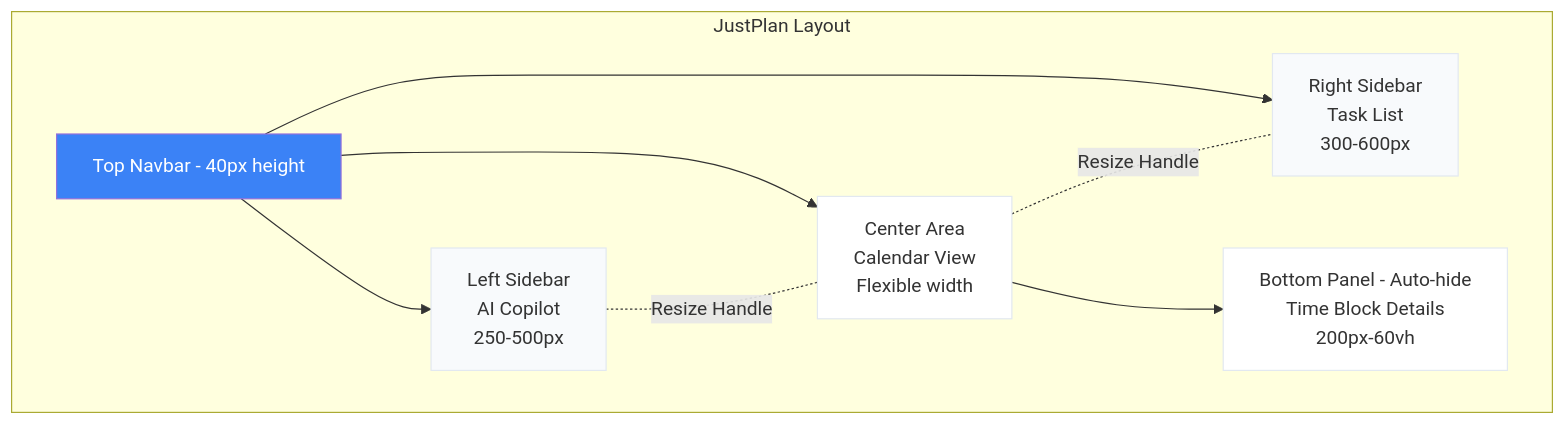
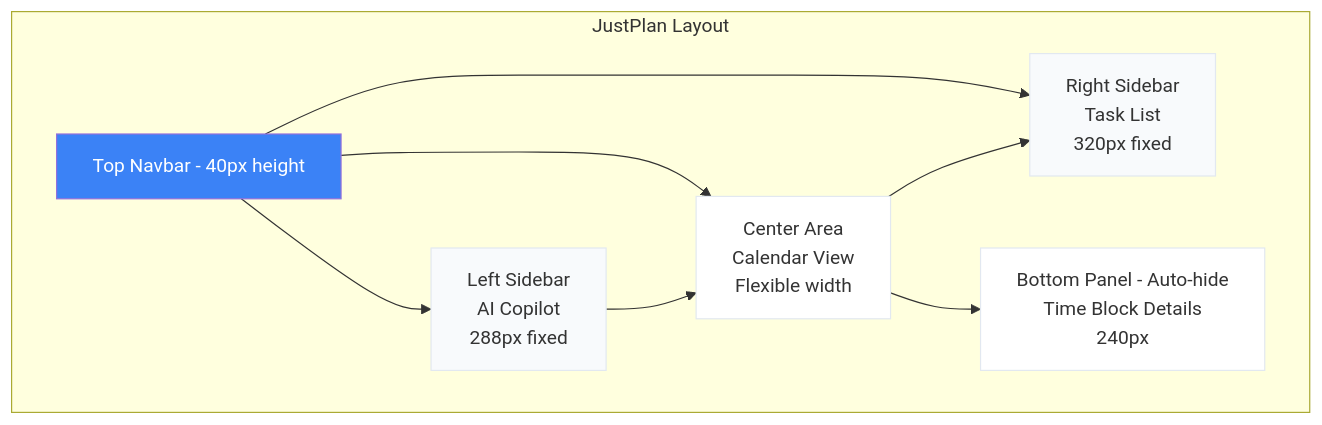
One commit to datamonsterr/justplan changed the diagram in docs/06-ui.md. Above: the diagram before and after it, drawn with Mermaid. The commit also changed other lines of this file and 6 other files, not shown here.

````diff
--- a/docs/06-ui.md
+++ b/docs/06-ui.md
@@ -316,24 +316,24 @@
 ```mermaid
 graph TB
     subgraph "JustPlan Layout"
         Navbar[Top Navbar - 40px height]
-        LeftSidebar[Left Sidebar<br/>AI Copilot<br/>250-500px]
+        LeftSidebar[Left Sidebar<br/>AI Copilot<br/>288px fixed]
         Center[Center Area<br/>Calendar View<br/>Flexible width]
-        RightSidebar[Right Sidebar<br/>Task List<br/>300-600px]
-        BottomPanel[Bottom Panel - Auto-hide<br/>Time Block Details<br/>200px-60vh]
+        RightSidebar[Right Sidebar<br/>Task List<br/>320px fixed]
+        BottomPanel[Bottom Panel - Auto-hide<br/>Time Block Details<br/>240px]
         
         Navbar --> LeftSidebar
         Navbar --> Center
         Navbar --> RightSidebar
         
-        LeftSidebar -.Resize Handle.- Center
-        Center -.Resize Handle.- RightSidebar
+        LeftSidebar --> Center
+        Center --> RightSidebar
         Center --> BottomPanel
     end
     
     style Navbar fill:#3B82F6,color:#fff
     style LeftSidebar fill:#F8FAFC,stroke:#E2E8F0
     style Center fill:#FFFFFF,stroke:#E2E8F0
     style RightSidebar fill:#F8FAFC,stroke:#E2E8F0
     style BottomPanel fill:#FFFFFF,stroke:#E2E8F0
 ```
````
